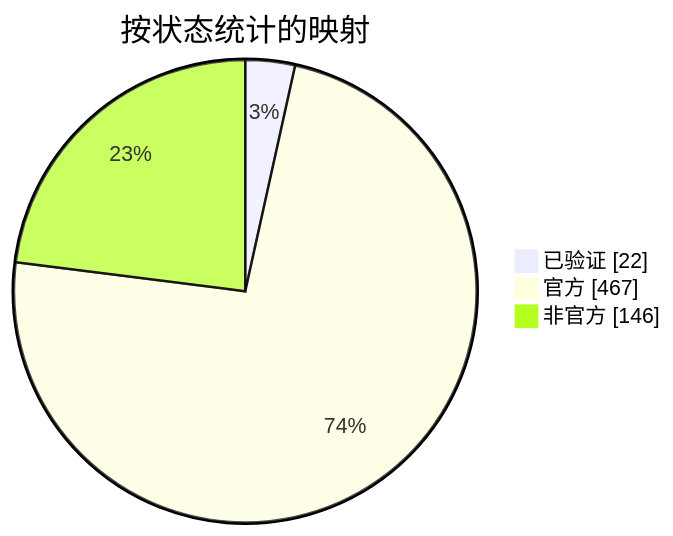
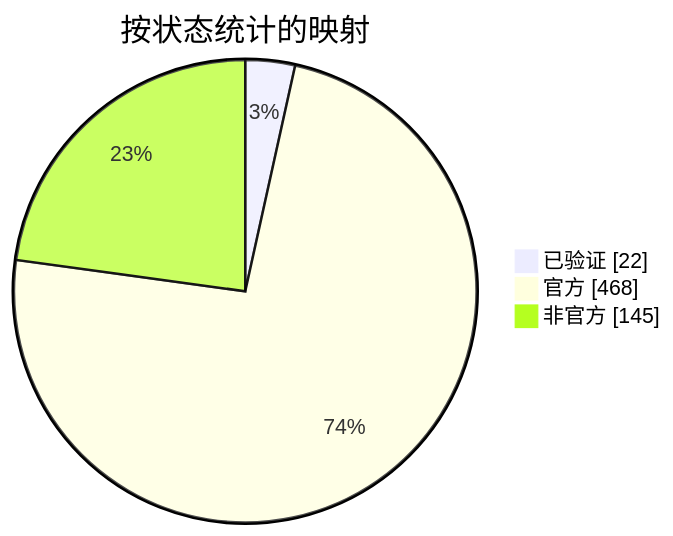
One commit to nobrega8/mbmap-library changed the diagram in docs/readme/README_ZHS.md. Above: the diagram before and after it, drawn with Mermaid. The commit also changed 6 other files, not shown here.

````diff
--- a/docs/readme/README_ZHS.md
+++ b/docs/readme/README_ZHS.md
@@ -54,7 +54,7 @@
 ```mermaid
 pie showData
     title 按状态统计的映射
     "已验证" : 22
-    "官方" : 467
-    "非官方" : 146
+    "官方" : 468
+    "非官方" : 145
 ```
````
